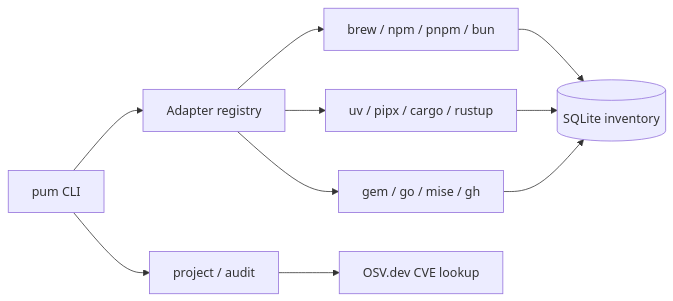
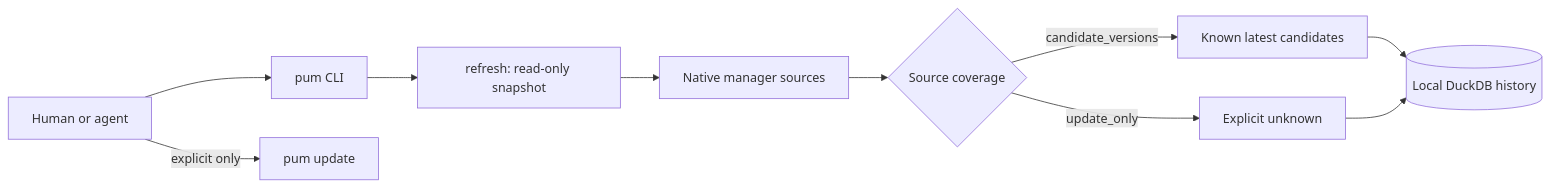
Before and after one commit to Supersynergy/pum: the diagram in README.md, drawn with Mermaid. The commit also changed other lines of this file and 16 other files, not shown here.

````diff
--- a/README.md
+++ b/README.md
@@ -128,10 +166,12 @@
 ```mermaid
 flowchart LR
-  CLI[pum CLI] --> Reg[Adapter registry]
-  Reg --> A1[brew / npm / pnpm / bun]
-  Reg --> A2[uv / pipx / cargo / rustup]
-  Reg --> A3[gem / go / mise / gh]
-  A1 & A2 & A3 --> DB[(SQLite inventory)]
-  CLI --> Project[project / audit]
-  Project --> OSV[OSV.dev CVE lookup]
+  Human[Human or agent] --> CLI[pum CLI]
+  CLI --> Snapshot[refresh: read-only snapshot]
+  Snapshot --> Sources[Native manager sources]
+  Sources --> Truth{Source coverage}
+  Truth -->|candidate_versions| Candidates[Known latest candidates]
+  Truth -->|update_only| Unknown[Explicit unknown]
+  Candidates --> DB[(Local DuckDB history)]
+  Unknown --> DB
+  Human -->|explicit only| Update[pum update]
 ```
````
